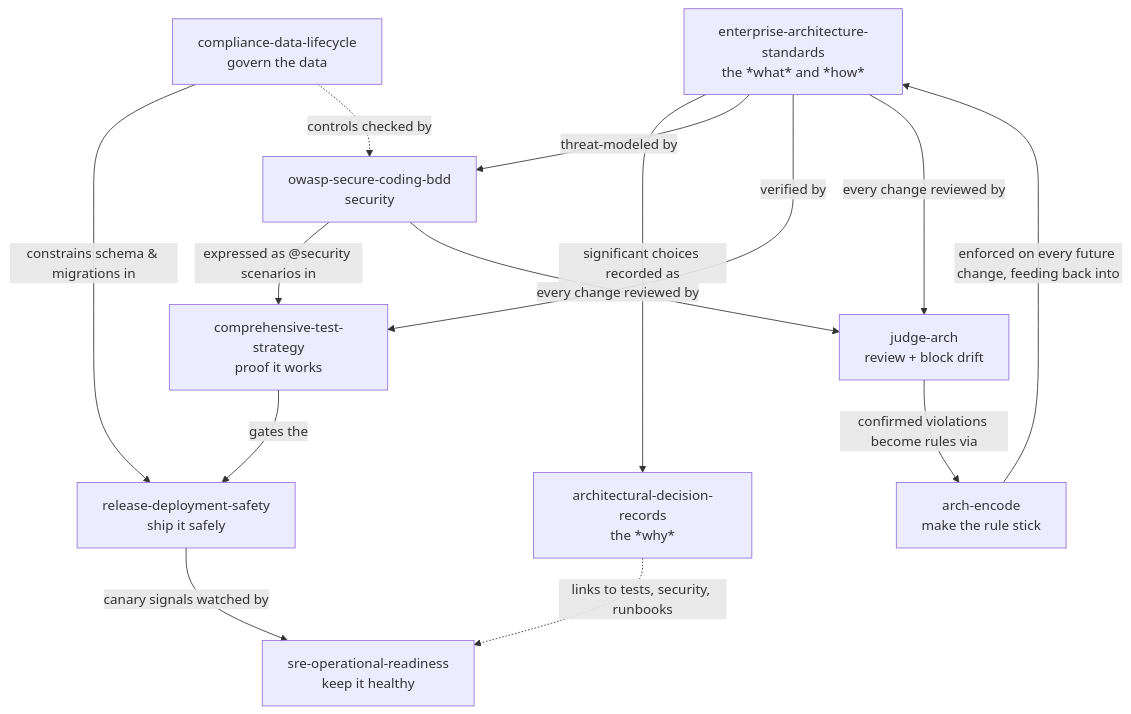
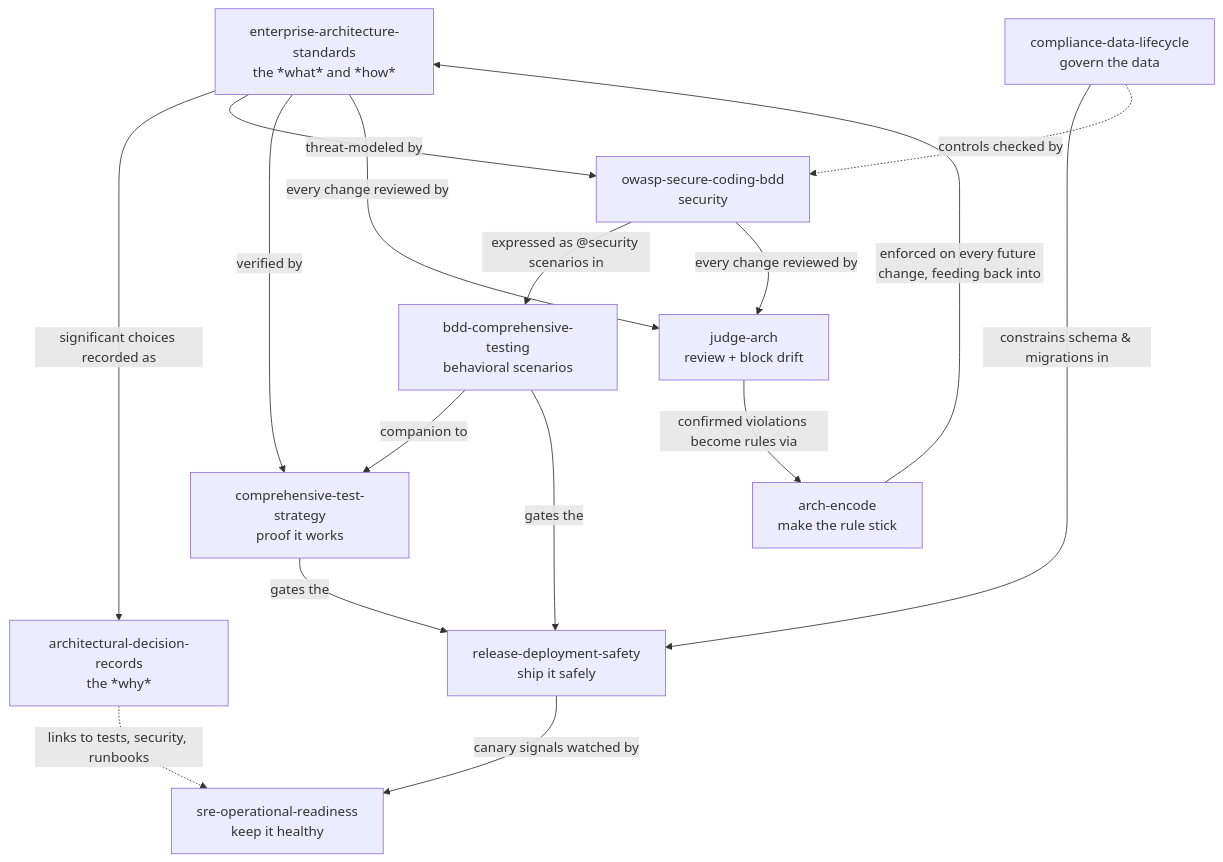
One commit to techfleetworks/enterprise-software-AI-skills changed the diagram in README.md. Above: the diagram before and after it, drawn with Mermaid. The commit also changed other lines of this file and 8 other files, not shown here.

First line of the commit message:
Complete bdd-comprehensive-testing: execution gate, tests, wiring, ADR

````diff
--- a/README.md
+++ b/README.md
@@ -384,27 +392,30 @@
 ```mermaid
 flowchart TD
     ARCH[enterprise-architecture-standards<br/>the *what* and *how*]
     ADR[architectural-decision-records<br/>the *why*]
     SEC[owasp-secure-coding-bdd<br/>security]
+    BDD[bdd-comprehensive-testing<br/>behavioral scenarios]
     TEST[comprehensive-test-strategy<br/>proof it works]
     REL[release-deployment-safety<br/>ship it safely]
     SRE[sre-operational-readiness<br/>keep it healthy]
     COMP[compliance-data-lifecycle<br/>govern the data]
 
     ARCH -->|significant choices recorded as| ADR
     ARCH -->|threat-modeled by| SEC
     ARCH -->|verified by| TEST
-    SEC -->|expressed as @security scenarios in| TEST
+    SEC -->|expressed as @security scenarios in| BDD
+    BDD -->|companion to| TEST
+    BDD -->|gates the| REL
     TEST -->|gates the| REL
     REL -->|canary signals watched by| SRE
     COMP -->|constrains schema & migrations in| REL
     COMP -.->|controls checked by| SEC
     ADR -.->|links to tests, security, runbooks| SRE
 
     JUDGE[judge-arch<br/>review + block drift]
     ENC[arch-encode<br/>make the rule stick]
     ARCH -->|every change reviewed by| JUDGE
     SEC -->|every change reviewed by| JUDGE
     JUDGE -->|confirmed violations become rules via| ENC
     ENC -->|enforced on every future change, feeding back into| ARCH
 ```
````
